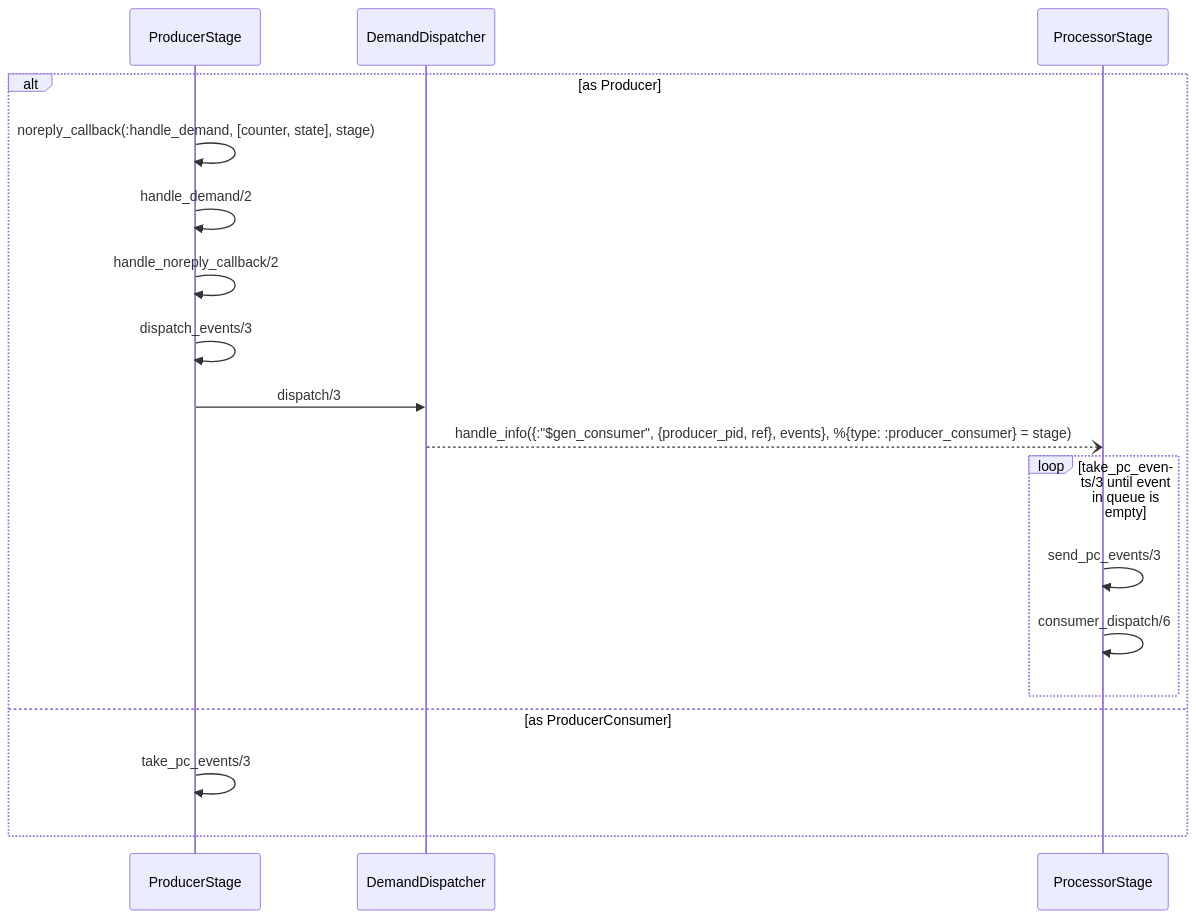
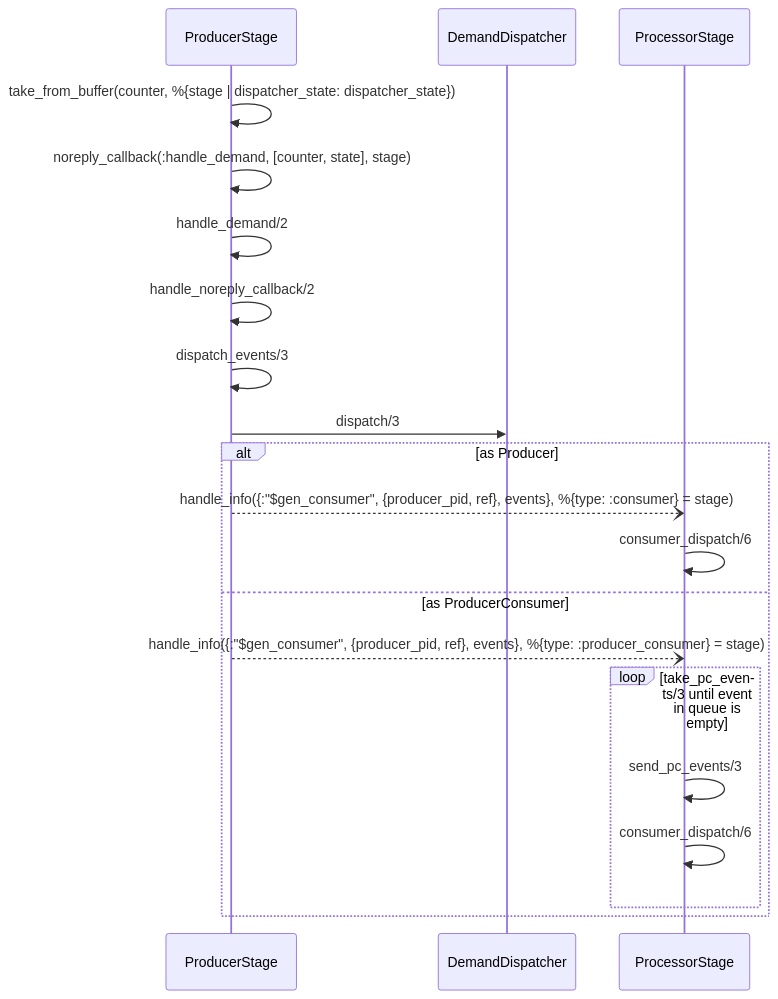
Before and after one commit to kenspirit/kenspirit.github.io: the second of 4 diagrams in source/_posts/2021-07-16-broadway-source-reading-batching.md, drawn with Mermaid. The commit also changed other lines of this file and 6 other files, not shown here.

````diff
--- a/source/_posts/2021-07-16-broadway-source-reading-batching.md
+++ b/source/_posts/2021-07-16-broadway-source-reading-batching.md
@@ -47,21 +47,23 @@
 ```mermaid
 sequenceDiagram
   participant P as ProducerStage
   participant D as DemandDispatcher
   participant PS as ProcessorStage
 
+  P->>P: take_from_buffer(counter, %{stage | dispatcher_state: dispatcher_state})
+  P->>P: noreply_callback(:handle_demand, [counter, state], stage)
+  P->>P: handle_demand/2
+  P->>P: handle_noreply_callback/2
+  P->>P: dispatch_events/3
+  P->>D: dispatch/3
   alt as Producer
-      P->>P: noreply_callback(:handle_demand, [counter, state], stage)
-      P->>P: handle_demand/2
-      P->>P: handle_noreply_callback/2
-      P->>P: dispatch_events/3
-      P->>D: dispatch/3
-      D--)PS: handle_info({:"$gen_consumer", {producer_pid, ref}, events}, %{type: :producer_consumer} = stage)
+      P--)PS: handle_info({:"$gen_consumer", {producer_pid, ref}, events}, %{type: :consumer} = stage)
+      PS->>PS: consumer_dispatch/6
+  else as ProducerConsumer
+      P--)PS: handle_info({:"$gen_consumer", {producer_pid, ref}, events}, %{type: :producer_consumer} = stage)
       loop take_pc_events/3 until event in queue is empty
         PS->>PS: send_pc_events/3
         PS->>PS: consumer_dispatch/6
       end
-  else as ProducerConsumer
-      P->>P: take_pc_events/3
   end
 ```
````
